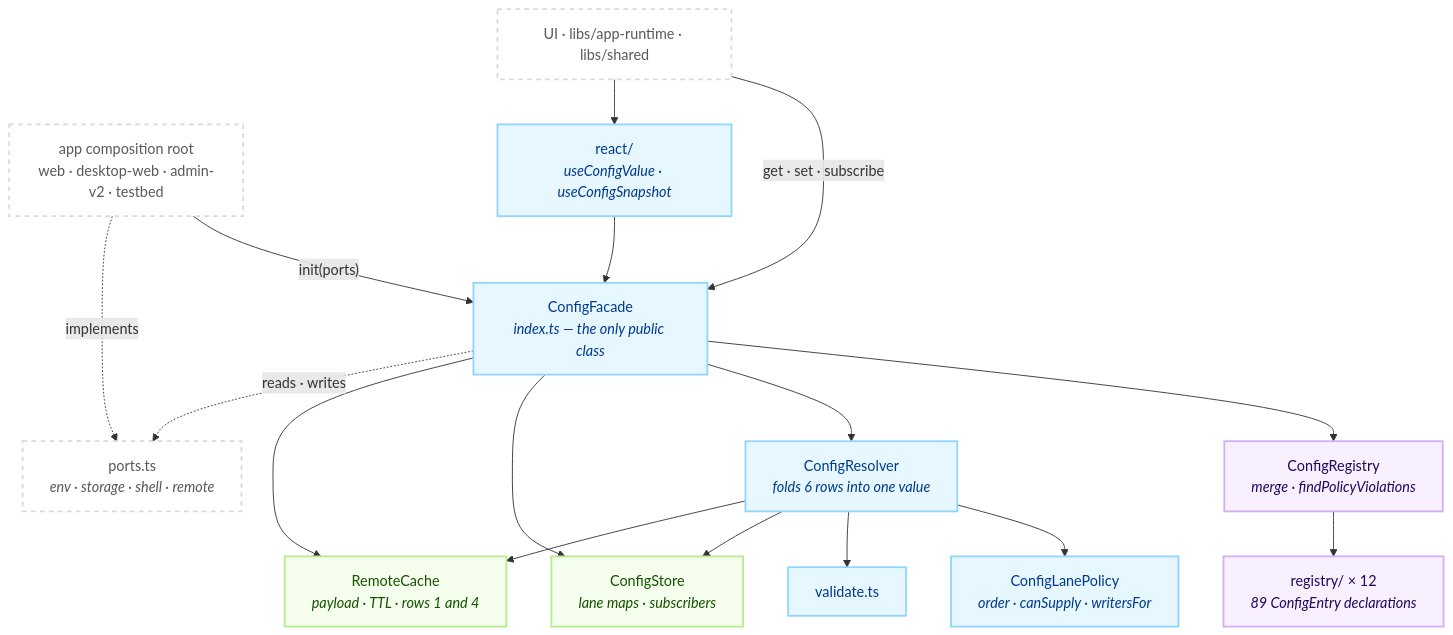
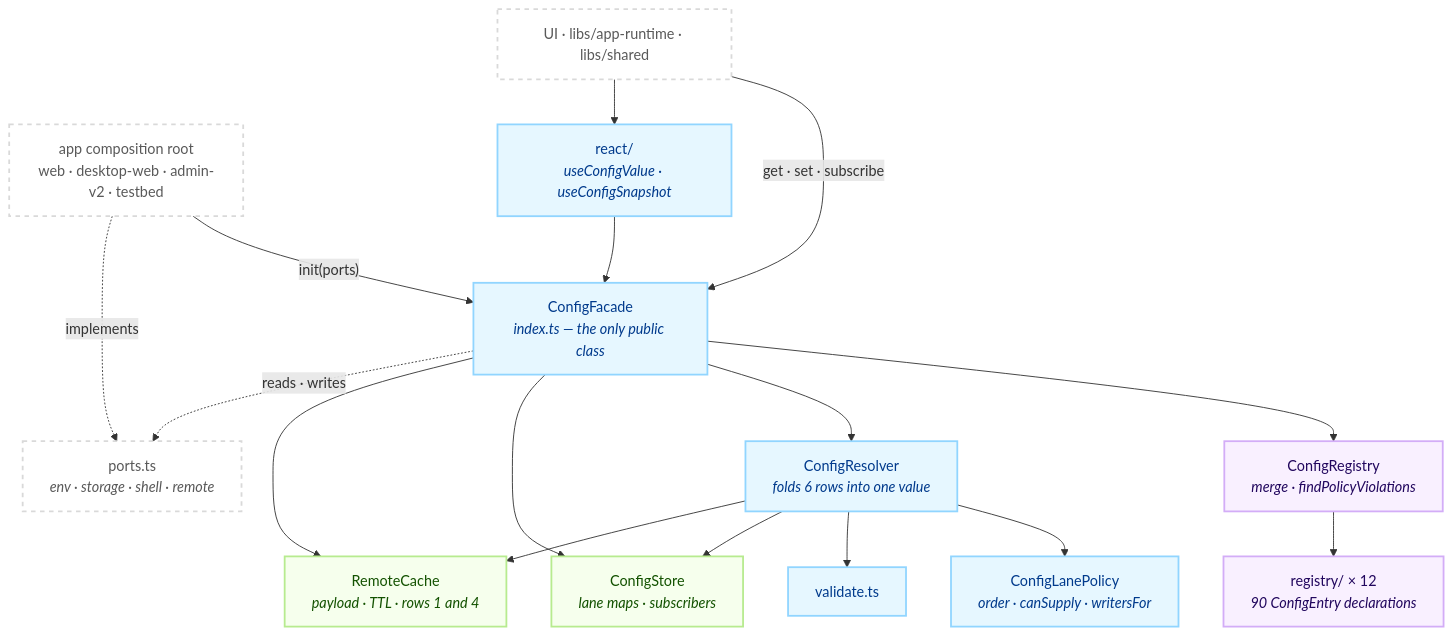
The first of 2 diagrams in libs/config/README.md (lemoncloud-io/dou-app), drawn with Mermaid before and after one commit. The commit also changed other lines of this file and 14 other files, not shown here.

````diff
--- a/libs/config/README.md
+++ b/libs/config/README.md
@@ -60,40 +60,40 @@
 ```mermaid
 flowchart TD
     classDef decl fill:#f9f0ff,stroke:#d3adf7,stroke-width:2px,color:#22075e;
     classDef resl fill:#e6f7ff,stroke:#91d5ff,stroke-width:2px,color:#003a8c;
     classDef hold fill:#f6ffed,stroke:#b7eb8f,stroke-width:2px,color:#135200;
     classDef ext fill:#ffffff,stroke:#d9d9d9,stroke-width:2px,color:#595959,stroke-dasharray: 5 5;
 
     App["app composition root<br/>web · desktop-web · admin-v2 · testbed"]:::ext
     UI["UI · libs/app-runtime · libs/shared"]:::ext
 
     Facade["ConfigFacade<br/><i>index.ts — the only public class</i>"]:::resl
     React["react/<br/><i>useConfigValue · useConfigSnapshot</i>"]:::resl
 
     Registry["ConfigRegistry<br/><i>merge · findPolicyViolations</i>"]:::decl
-    Modules["registry/ × 12<br/><i>89 ConfigEntry declarations</i>"]:::decl
+    Modules["registry/ × 12<br/><i>90 ConfigEntry declarations</i>"]:::decl
 
     Resolver["ConfigResolver<br/><i>folds 6 rows into one value</i>"]:::resl
     Policy["ConfigLanePolicy<br/><i>order · canSupply · writersFor</i>"]:::resl
     Validate["validate.ts"]:::resl
 
     Store["ConfigStore<br/><i>lane maps · subscribers</i>"]:::hold
     Remote["RemoteCache<br/><i>payload · TTL · rows 1 and 4</i>"]:::hold
 
     Ports["ports.ts<br/><i>env · storage · shell · remote</i>"]:::ext
 
     App -->|"init(ports)"| Facade
     UI -->|"get · set · subscribe"| Facade
     UI --> React
     React --> Facade
     Facade --> Registry --> Modules
     Facade --> Resolver
     Facade --> Store
     Facade --> Remote
     Resolver --> Policy
     Resolver --> Validate
     Resolver --> Store
     Resolver --> Remote
     Facade -.->|"reads · writes"| Ports
     App -.->|"implements"| Ports
 ```
````
